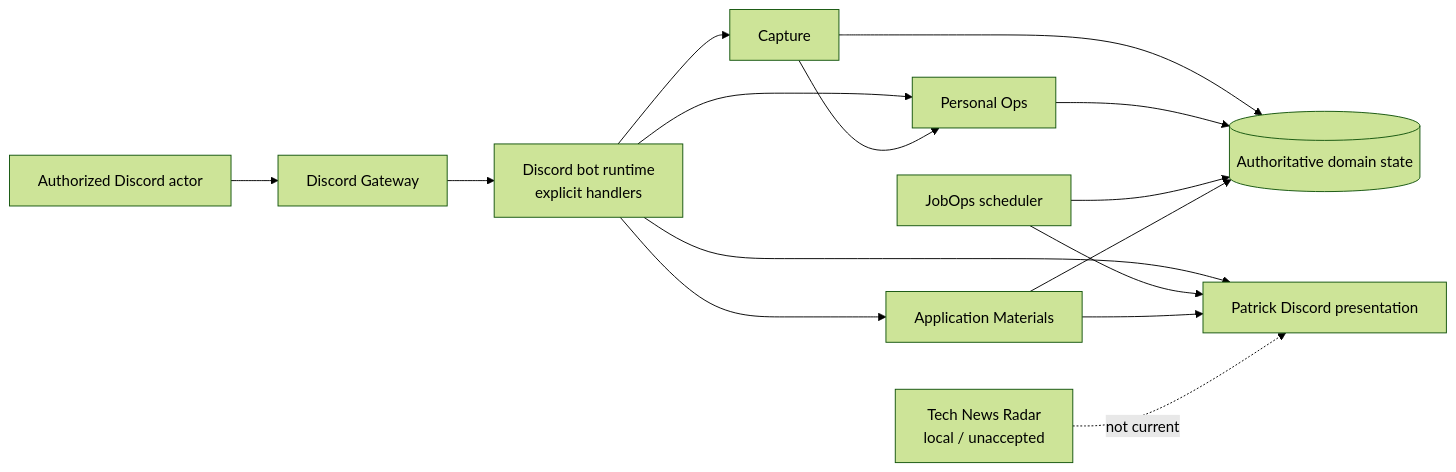
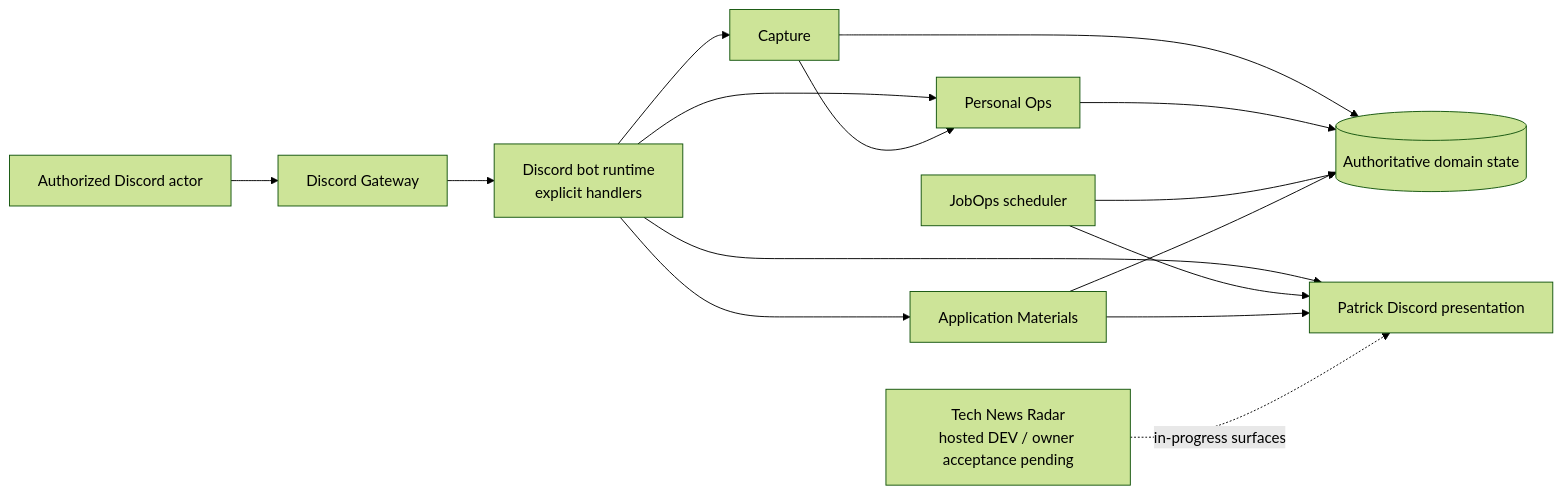
Before and after one commit to the-pirated-sardar/prateek-project-docs: the second of 6 diagrams in prateek-os-docs/patrick/study-guide.md, drawn with Mermaid (forest theme). The commit also changed other lines of this file and 42 other files, not shown here.

````diff
--- a/prateek-os-docs/patrick/study-guide.md
+++ b/prateek-os-docs/patrick/study-guide.md
@@ -48,14 +54,14 @@
 ```mermaid
 flowchart LR
     U[Authorized Discord actor] --> G[Discord Gateway]
     G --> D[Discord bot runtime<br/>explicit handlers]
     D --> C[Capture]
     D --> PO[Personal Ops]
     D --> AM[Application Materials]
     D --> PD[Patrick Discord presentation]
     JO[JobOps scheduler] --> PD
     AM --> PD
     C --> PO
     C & PO & JO & AM --> DB[(Authoritative domain state)]
-    N1[Tech News Radar<br/>local / unaccepted] -. not current .-> PD
+    N1[Tech News Radar<br/>hosted DEV / owner acceptance pending] -. in-progress surfaces .-> PD
 ```
````
